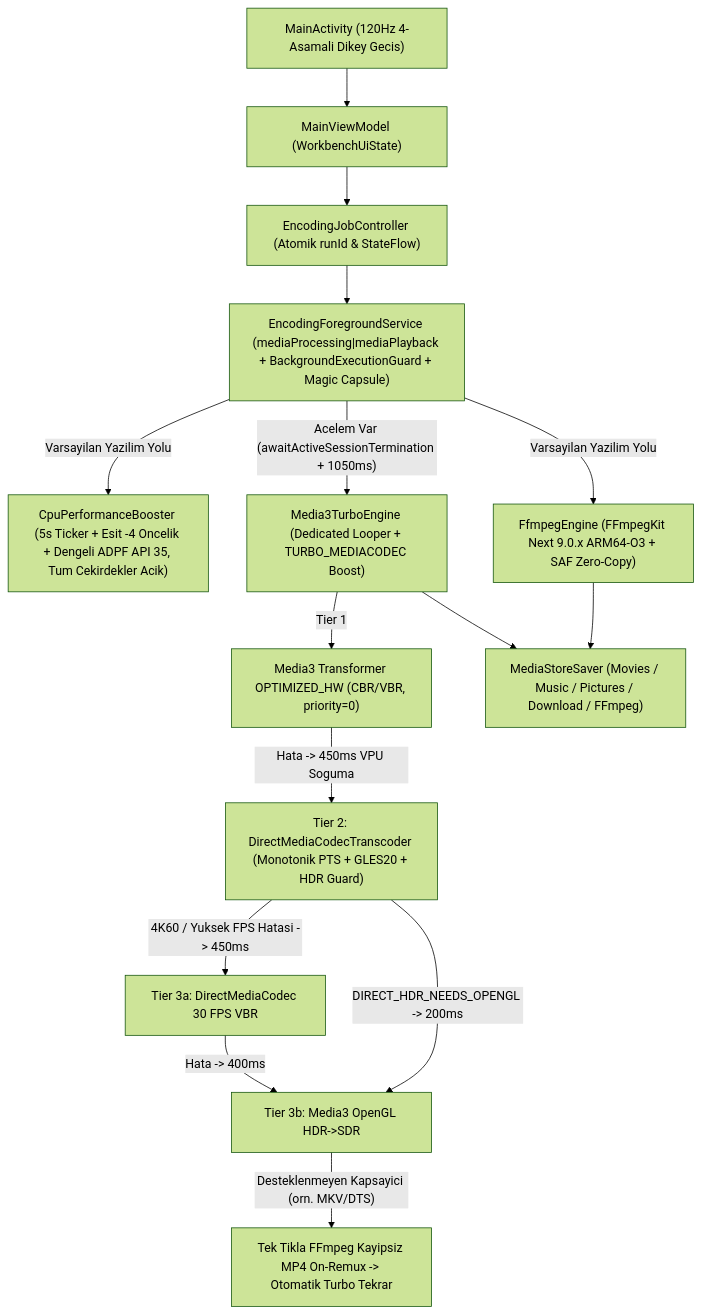
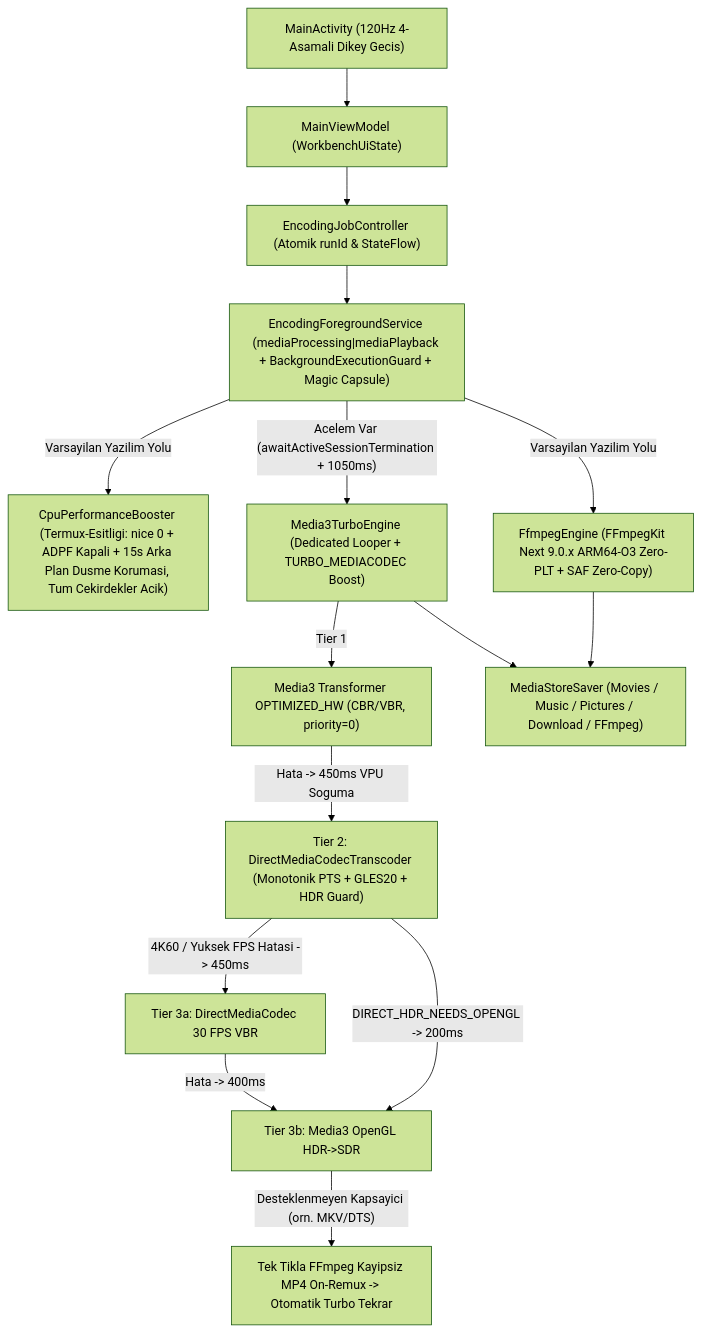
The diagram in AGENTS.md (Cres246/FFmpeg-compressor-editor), drawn with Mermaid (forest theme) before and after one commit. The commit also changed other lines of this file and 3 other files, not shown here.

First line of the commit message:
perf: optimize ffmpeg-kit and cpu scheduling

````diff
--- a/AGENTS.md
+++ b/AGENTS.md
@@ -43,20 +43,20 @@
 ```mermaid
 flowchart TD
     UI["MainActivity (120Hz 4-Asamali Dikey Gecis)"] --> VM["MainViewModel (WorkbenchUiState)"]
     VM --> CTRL["EncodingJobController (Atomik runId & StateFlow)"]
     CTRL --> SVC["EncodingForegroundService (mediaProcessing|mediaPlayback + BackgroundExecutionGuard + Magic Capsule)"]
 
-    SVC -->|Varsayilan Yazilim Yolu| BOOST["CpuPerformanceBooster (5s Ticker + Esit -4 Oncelik + Dengeli ADPF API 35, Tum Cekirdekler Acik)"]
-    SVC -->|Varsayilan Yazilim Yolu| FF["FfmpegEngine (FFmpegKit Next 9.0.x ARM64-O3 + SAF Zero-Copy)"]
+    SVC -->|Varsayilan Yazilim Yolu| BOOST["CpuPerformanceBooster (Termux-Esitligi: nice 0 + ADPF Kapali + 15s Arka Plan Dusme Korumasi, Tum Cekirdekler Acik)"]
+    SVC -->|Varsayilan Yazilim Yolu| FF["FfmpegEngine (FFmpegKit Next 9.0.x ARM64-O3 Zero-PLT + SAF Zero-Copy)"]
 
     SVC -->|"Acelem Var (awaitActiveSessionTermination + 1050ms)"| TURBO["Media3TurboEngine (Dedicated Looper + TURBO_MEDIACODEC Boost)"]
     TURBO -->|"Tier 1"| T1["Media3 Transformer OPTIMIZED_HW (CBR/VBR, priority=0)"]
     T1 -->|"Hata -> 450ms VPU Soguma"| T2["Tier 2: DirectMediaCodecTranscoder (Monotonik PTS + GLES20 + HDR Guard)"]
     T2 -->|"4K60 / Yuksek FPS Hatasi -> 450ms"| T3A["Tier 3a: DirectMediaCodec 30 FPS VBR"]
     T2 -->|"DIRECT_HDR_NEEDS_OPENGL -> 200ms"| T3B["Tier 3b: Media3 OpenGL HDR->SDR"]
     T3A -->|"Hata -> 400ms"| T3B
 
     T3B -->|"Desteklenmeyen Kapsayici (orn. MKV/DTS)"| REMUX["Tek Tikla FFmpeg Kayipsiz MP4 On-Remux -> Otomatik Turbo Tekrar"]
     FF --> SAVE["MediaStoreSaver (Movies / Music / Pictures / Download / FFmpeg)"]
     TURBO --> SAVE
 ```
````
